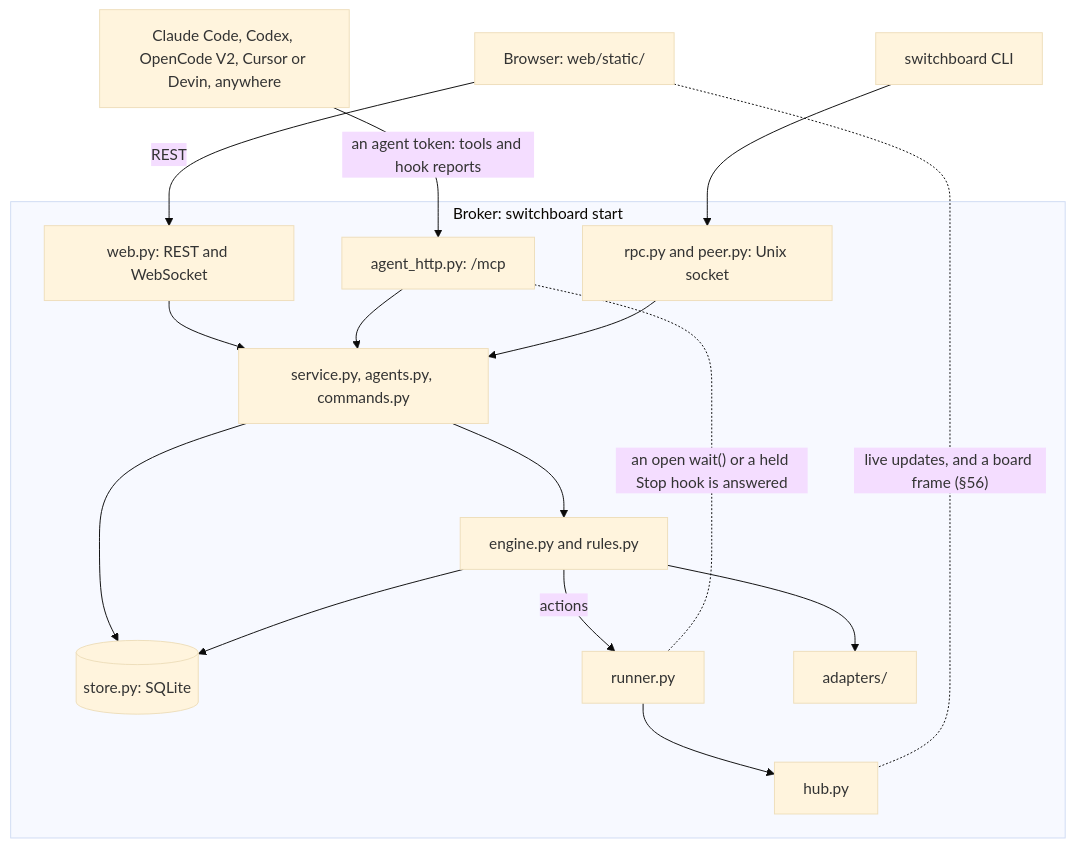
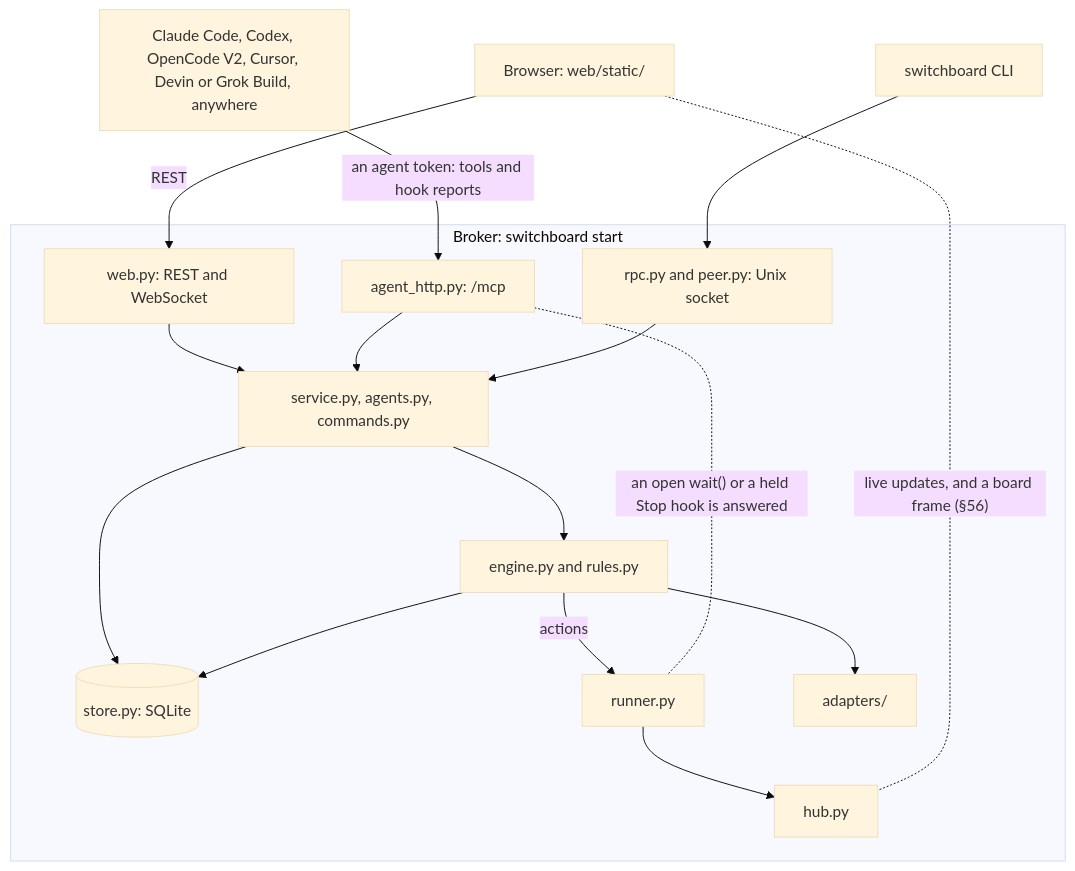
Before and after one commit to amahpour/switchboard: the diagram in docs/ARCHITECTURE.md, drawn with Mermaid (base theme). The commit also changed other lines of this file and 138 other files, not shown here.

Commit message:
feat(agents): Grok Build as a sixth harness over HTTPS (#928)

````diff
--- a/docs/ARCHITECTURE.md
+++ b/docs/ARCHITECTURE.md
@@ -9,32 +9,32 @@
 ```mermaid
 flowchart TB
-  harness["Claude Code, Codex, OpenCode V2, Cursor or Devin, anywhere"]
+  harness["Claude Code, Codex, OpenCode V2, Cursor, Devin or Grok Build, anywhere"]
   browser["Browser: web/static/"]
   cli["switchboard CLI"]
   subgraph broker["Broker: switchboard start"]
     web["web.py: REST and WebSocket"]
     http["agent_http.py: /mcp"]
     rpc["rpc.py and peer.py: Unix socket"]
     svc["service.py, agents.py, commands.py"]
     engine["engine.py and rules.py"]
     store[("store.py: SQLite")]
     runner["runner.py"]
     hub["hub.py"]
     adapters["adapters/"]
   end
 
   harness -- "an agent token: tools and hook reports" --> http
   browser -- "REST" --> web
   cli --> rpc
   web --> svc
   http --> svc
   rpc --> svc
   svc --> store
   svc --> engine
   engine --> store
   engine --> adapters
   engine -- "actions" --> runner
   runner --> hub
   browser -. "live updates, and a board frame (§56)" .- hub
   http -. "an open wait() or a held Stop hook is answered" .- runner
 ```
````
